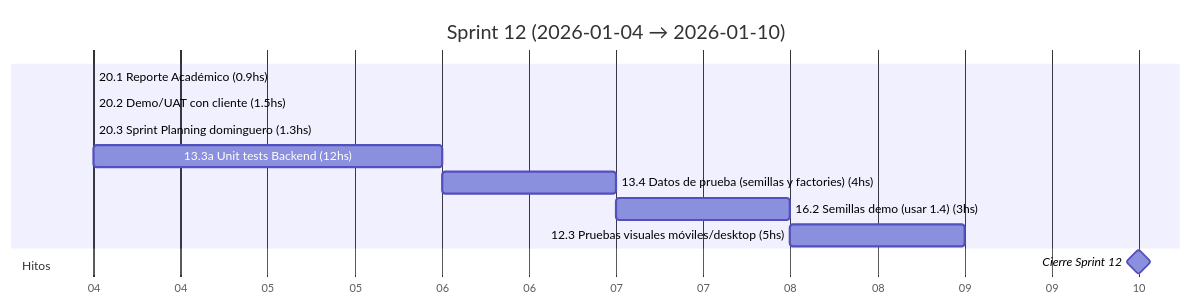
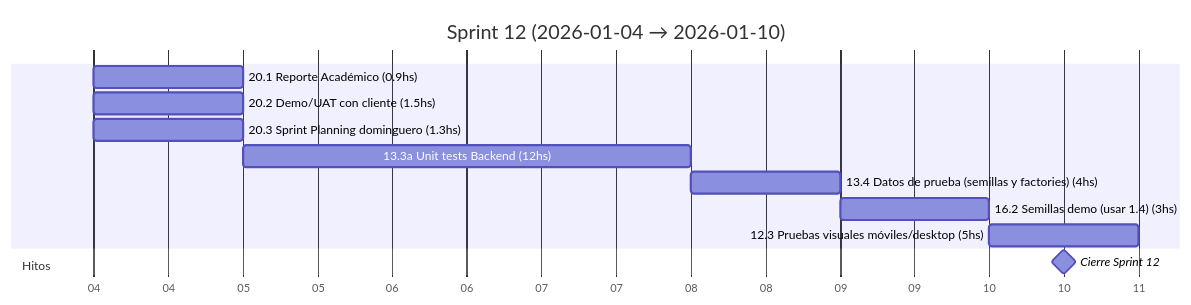
Before and after one commit to MarkMed/FleetMan: diagram 13 of 18 in docs/SprintsGantts.md, drawn with Mermaid. The commit also changed other lines of this file, not shown here.

````diff
--- a/docs/SprintsGantts.md
+++ b/docs/SprintsGantts.md
@@ -316,19 +316,19 @@
 ```mermaid
 gantt
   title Sprint 12 (2026-01-04 → 2026-01-10)
   dateFormat  YYYY-MM-DD
   axisFormat  %d
 
   %% Asumimos 5 h/día. Horas estimadas incluidas en el nombre.
 
-  20.1 Reporte Académico (0.9hs)               :t201, 2026-01-04, 0.2d
-  20.2 Demo/UAT con cliente (1.5hs)            :t202, after t201, 0.3d
-  20.3 Sprint Planning dominguero (1.3hs)      :t203, after t202, 0.3d
-  13.3a Unit tests Backend (12hs)              :t133a, after t203, 2.4d
-  13.4 Datos de prueba (semillas y factories) (4hs) :t134, after t133a, 0.8d
-  16.2 Semillas demo (usar 1.4) (3hs)          :t162, after t134, 0.6d
+  20.1 Reporte Académico (0.9hs)               :t201, 2026-01-04, 1d
+  20.2 Demo/UAT con cliente (1.5hs)            :t202, 2026-01-04, 1d
+  20.3 Sprint Planning dominguero (1.3hs)      :t203, 2026-01-04, 1d
+  13.3a Unit tests Backend (12hs)              :t133a, after t203, 3d
+  13.4 Datos de prueba (semillas y factories) (4hs) :t134, after t133a, 1d
+  16.2 Semillas demo (usar 1.4) (3hs)          :t162, after t134, 1d
   12.3 Pruebas visuales móviles/desktop (5hs)  :t123, after t162, 1d
 
   section Hitos
-  Cierre Sprint 12                             :milestone, s12, 2026-01-10, 0d
+  Cierre Sprint 12                             :milestone, s12, 2026-01-10, 1d
 ```
````
